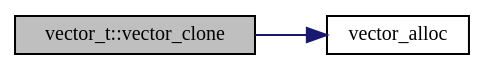
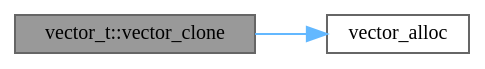
Before and after one commit to evjeesm/vector: the diagram in docs/group__Vector_ga7243756372efd57714853efaf7521358_cgraph.dot, drawn with Graphviz. The commit also changed 166 other files, not shown here.

```diff
--- a/docs/group__Vector_ga7243756372efd57714853efaf7521358_cgraph.dot
+++ b/docs/group__Vector_ga7243756372efd57714853efaf7521358_cgraph.dot
@@ -1,12 +1,12 @@
 digraph "vector_t::vector_clone"
 {
  // INTERACTIVE_SVG=YES
  // LATEX_PDF_SIZE
   bgcolor="transparent";
-  edge [fontname="Mononoki",fontsize="10",labelfontname="Mononoki",labelfontsize="10"];
-  node [fontname="Mononoki",fontsize="10",shape=record];
+  edge [fontname=Mononoki,fontsize=10,labelfontname=Mononoki,labelfontsize=10];
+  node [fontname=Mononoki,fontsize=10,shape=box,height=0.2,width=0.4];
   rankdir="LR";
-  Node1 [label="vector_t::vector_clone",height=0.2,width=0.4,color="black", fillcolor="grey75", style="filled", fontcolor="black",tooltip="Duplicate vector."];
-  Node1 -> Node2 [color="midnightblue",fontsize="10",style="solid",fontname="Mononoki"];
-  Node2 [label="vector_alloc",height=0.2,width=0.4,color="black",URL="$group__Allocation.html#ga89098aef4a81474d9302ba1f8b1474b8",tooltip="Allocates memory chunk of alloc_size."];
+  Node1 [id="Node000001",label="vector_t::vector_clone",height=0.2,width=0.4,color="gray40", fillcolor="grey60", style="filled", fontcolor="black",tooltip="Duplicate vector."];
+  Node1 -> Node2 [id="edge1_Node000001_Node000002",color="steelblue1",style="solid",tooltip=" "];
+  Node2 [id="Node000002",label="vector_alloc",height=0.2,width=0.4,color="grey40", fillcolor="white", style="filled",URL="$group__Allocation.html#gac06d4923e85171dfa1e3fae4f141b658",tooltip="Allocates memory chunk of alloc_size."];
 }
```
